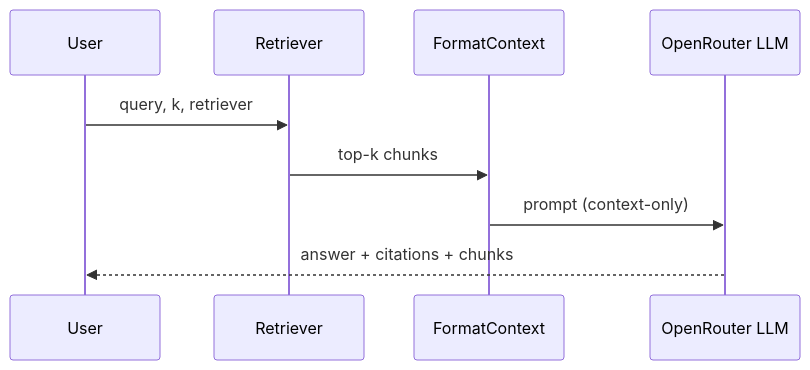
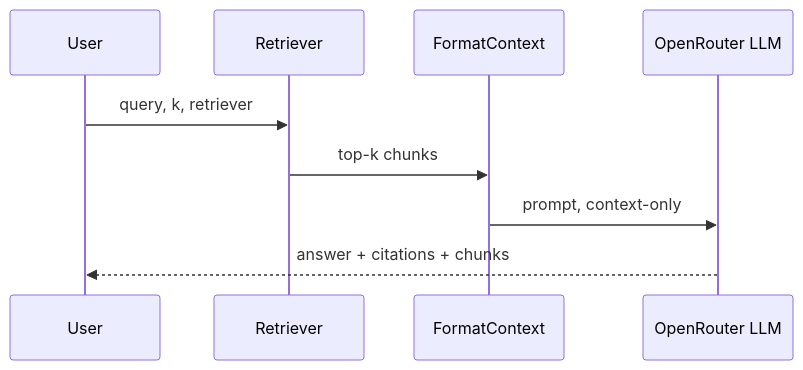
Before and after one commit to berberberk/rag-ruslaw: the third of 9 diagrams in README.md, drawn with Mermaid. The commit also changed other lines of this file, not shown here.

````diff
--- a/README.md
+++ b/README.md
@@ -72,11 +72,11 @@
 ```mermaid
 sequenceDiagram
     participant U as User
     participant R as Retriever
     participant P as FormatContext
     participant L as OpenRouter LLM
     U->>R: query, k, retriever
     R->>P: top-k chunks
-    P->>L: prompt (context-only)
+    P->>L: prompt, context-only
     L-->>U: answer + citations + chunks
 ```
````
